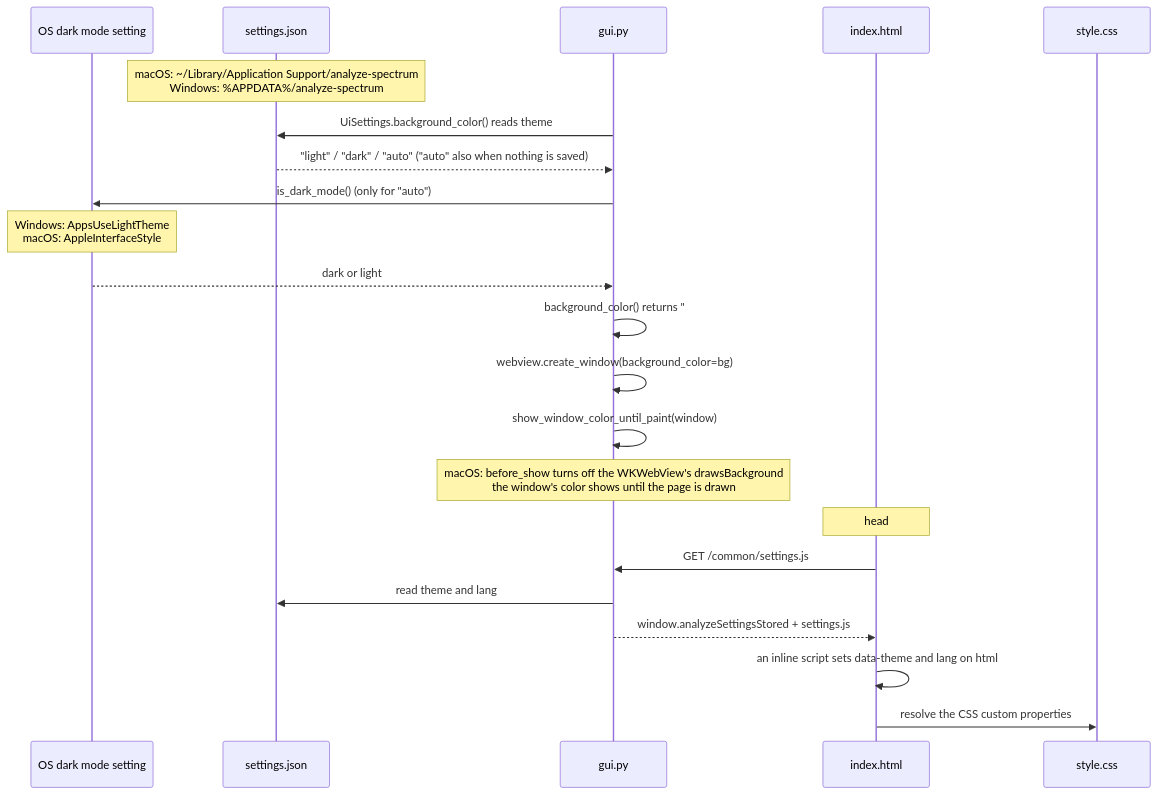
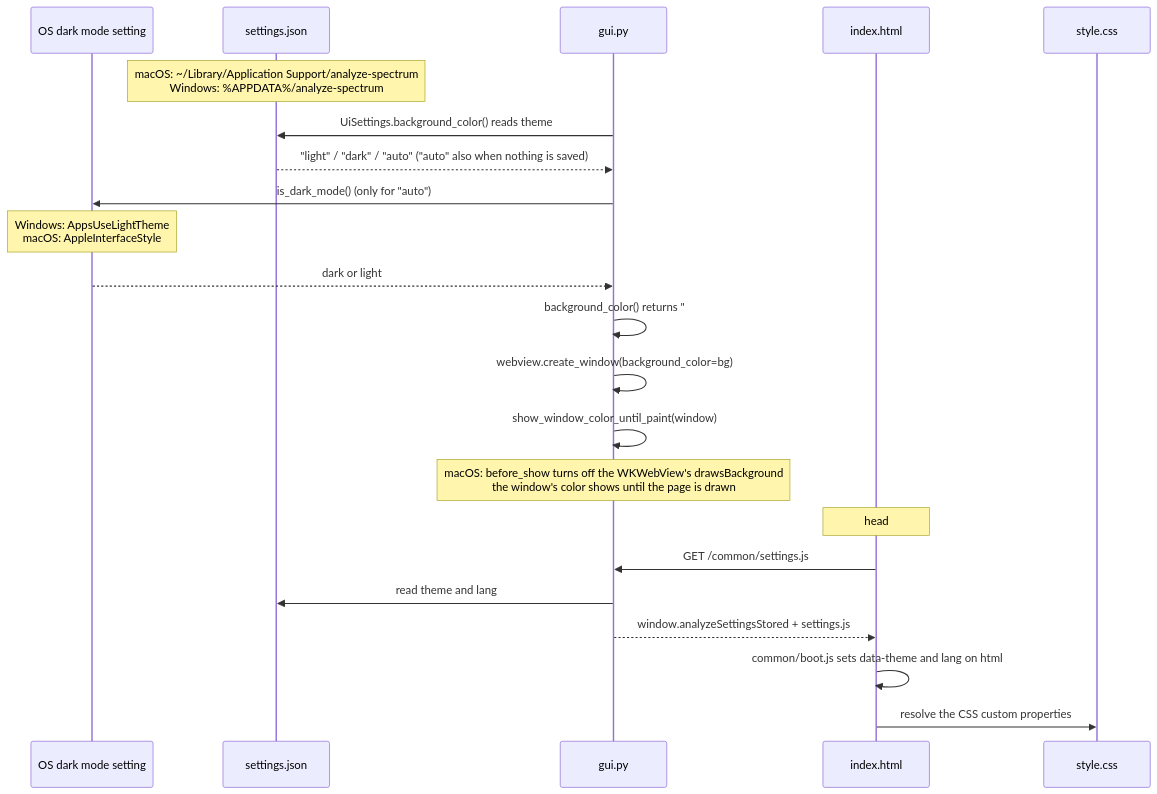
Before and after one commit to semnil/analyze-spectrum: diagram 17 of 17 in docs/architecture.md, drawn with Mermaid. The commit also changed other lines of this file and 7 other files, not shown here.

First line of the commit message:
refactor: use py-analyze-common's i18n, boot and ui scripts in the frontend

````diff
--- a/docs/architecture.md
+++ b/docs/architecture.md
@@ -644,26 +644,26 @@
 ```mermaid
 sequenceDiagram
     participant OS as OS dark mode setting
     participant SF as settings.json
     participant PY as gui.py
     participant HTML as index.html
     participant CSS as style.css
 
     Note over SF: macOS: ~/Library/Application Support/analyze-spectrum<br>Windows: %APPDATA%/analyze-spectrum
     PY->>SF: UiSettings.background_color() reads theme
     SF-->>PY: "light" / "dark" / "auto" ("auto" also when nothing is saved)
     PY->>OS: is_dark_mode() (only for "auto")
     Note over OS: Windows: AppsUseLightTheme<br>macOS: AppleInterfaceStyle
     OS-->>PY: dark or light
     PY->>PY: background_color() returns "#1a1a2e" or "#fafafa"
     PY->>PY: webview.create_window(background_color=bg)
     PY->>PY: show_window_color_until_paint(window)
     Note over PY: macOS: before_show turns off the WKWebView's drawsBackground<br>the window's color shows until the page is drawn
 
     Note over HTML: head
     HTML->>PY: GET /common/settings.js
     PY->>SF: read theme and lang
     PY-->>HTML: window.analyzeSettingsStored + settings.js
-    HTML->>HTML: an inline script sets data-theme and lang on html
+    HTML->>HTML: common/boot.js sets data-theme and lang on html
     HTML->>CSS: resolve the CSS custom properties
 ```
````
